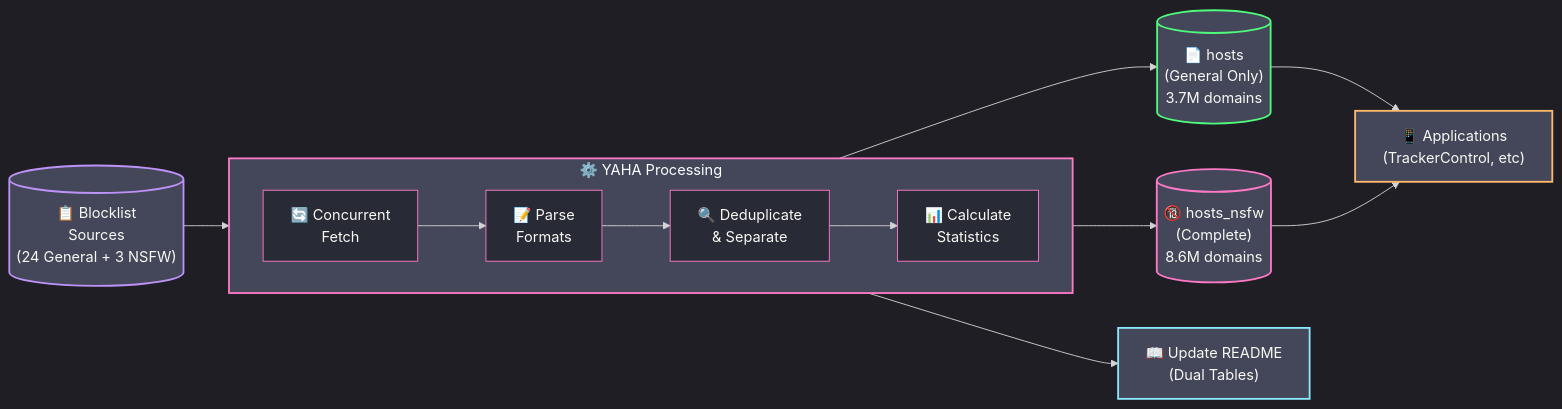
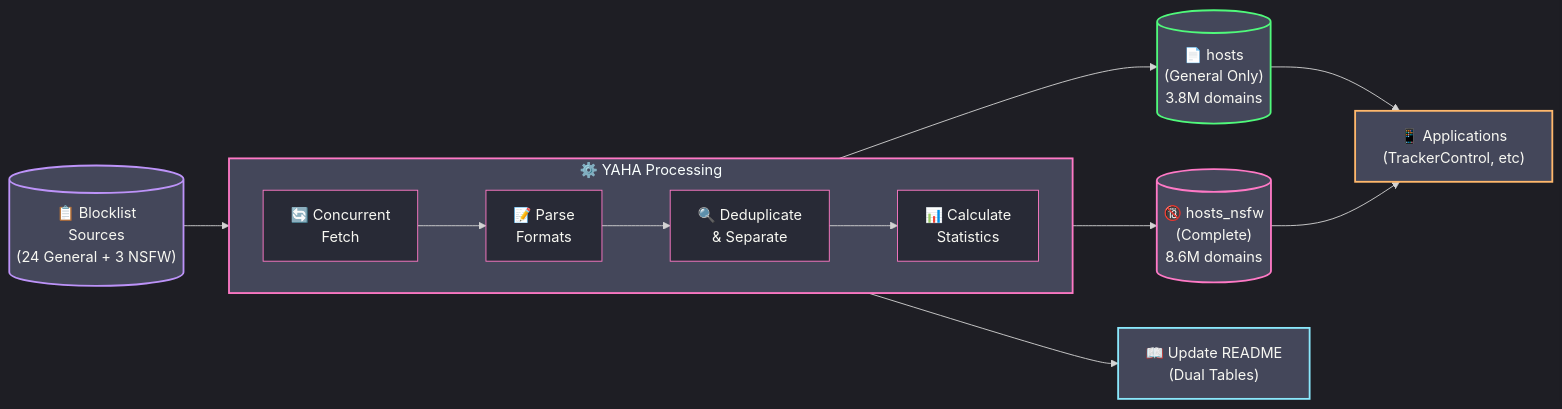
The diagram in README.md (scottdraper8/yaha), drawn with Mermaid before and after one commit. The commit also changed other lines of this file, not shown here.

Commit message:
Update blocklist stats: 3761808 general / 8614738 with NSFW [automated]

````diff
--- a/README.md
+++ b/README.md
@@ -42,35 +42,35 @@
 ```mermaid
 %%{init: {'theme': 'dark', 'themeVariables': {
     'primaryColor': '#ff79c6',
     'secondaryColor': '#bd93f9',
     'tertiaryColor': '#44475a',
     'mainBkg': '#282a36',
     'nodeBorder': '#ff79c6',
     'clusterBkg': '#44475a',
     'clusterBorder': '#bd93f9',
     'textColor': '#f8f8f2'
 }}}%%
 flowchart LR
     Sources[("📋 Blocklist<br/>Sources<br/>(24 General + 3 NSFW)")] --> Fetch
 
     subgraph Process["⚙️ YAHA Processing"]
         direction LR
         Fetch["🔄 Concurrent<br/>Fetch"] --> Parse["📝 Parse<br/>Formats"]
         Parse --> Dedupe["🔍 Deduplicate<br/>& Separate"]
         Dedupe --> Stats["📊 Calculate<br/>Statistics"]
     end
 
-    Stats --> Output1[("📄 hosts<br/>(General Only)<br/>3.7M domains")]
+    Stats --> Output1[("📄 hosts<br/>(General Only)<br/>3.8M domains")]
     Stats --> Output2[("🔞 hosts_nsfw<br/>(Complete)<br/>8.6M domains")]
     Stats --> README["📖 Update README<br/>(Dual Tables)"]
 
     Output1 --> Apps["📱 Applications<br/>(TrackerControl, etc)"]
     Output2 --> Apps
 
     style Sources fill:#44475a,stroke:#bd93f9,stroke-width:2px
     style Process fill:#44475a,stroke:#ff79c6,stroke-width:2px
     style Output1 fill:#44475a,stroke:#50fa7b,stroke-width:2px
     style Output2 fill:#44475a,stroke:#ff79c6,stroke-width:2px
     style README fill:#44475a,stroke:#8be9fd,stroke-width:2px
     style Apps fill:#44475a,stroke:#ffb86c,stroke-width:2px
 ```
````
